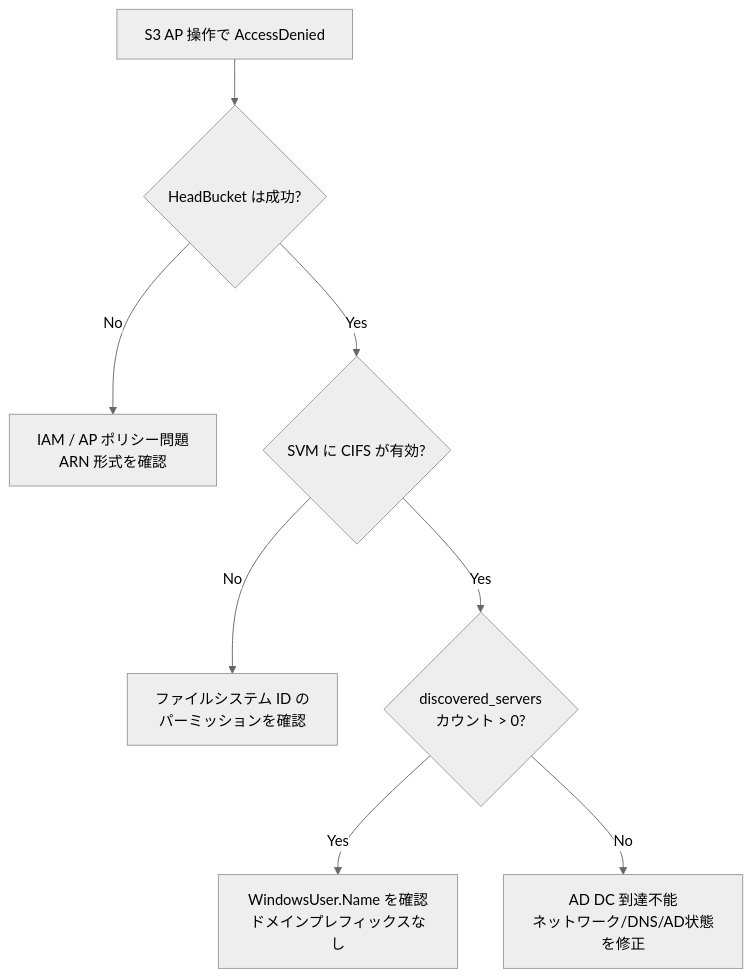
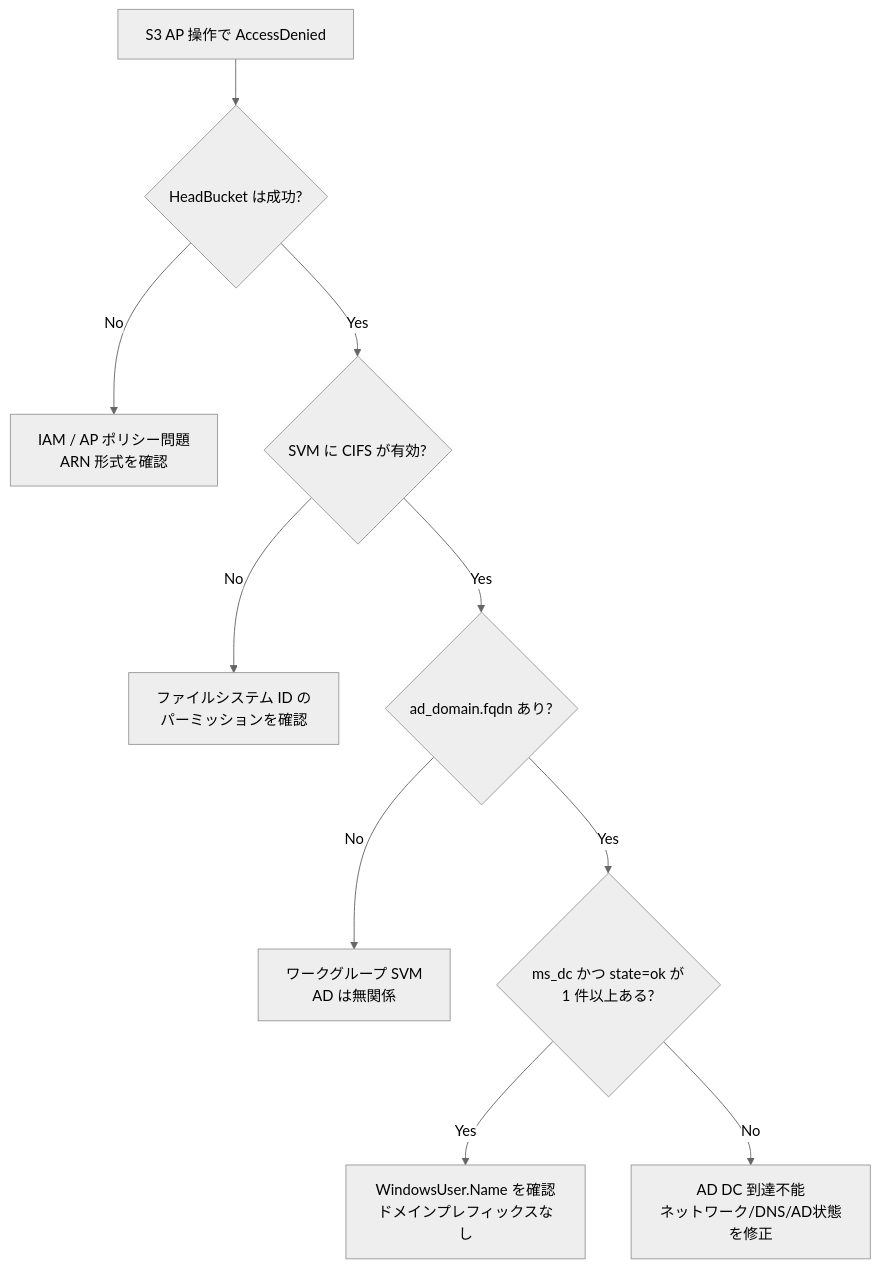
The second of 2 diagrams in docs/ja/ad-joined-svm-s3ap-prerequisites.md (Yoshiki0705/FSx-for-ONTAP-S3AccessPoints-Serverless-Patterns), drawn with Mermaid (neutral theme) before and after one commit. The commit also changed other lines of this file and 3 other files, not shown here.

````diff
--- a/docs/ja/ad-joined-svm-s3ap-prerequisites.md
+++ b/docs/ja/ad-joined-svm-s3ap-prerequisites.md
@@ -318,10 +366,12 @@
 ```mermaid
 graph TD
     A[S3 AP 操作で AccessDenied] --> B{HeadBucket は成功?}
     B -->|No| C[IAM / AP ポリシー問題<br/>ARN 形式を確認]
     B -->|Yes| D{SVM に CIFS が有効?}
     D -->|No| E[ファイルシステム ID の<br/>パーミッションを確認]
-    D -->|Yes| F{discovered_servers<br/>カウント > 0?}
+    D -->|Yes| D2{ad_domain.fqdn あり?}
+    D2 -->|No| E2[ワークグループ SVM<br/>AD は無関係]
+    D2 -->|Yes| F{ms_dc かつ state=ok が<br/>1 件以上ある?}
     F -->|Yes| G[WindowsUser.Name を確認<br/>ドメインプレフィックスなし]
     F -->|No| H[AD DC 到達不能<br/>ネットワーク/DNS/AD状態を修正]
 ```
````
